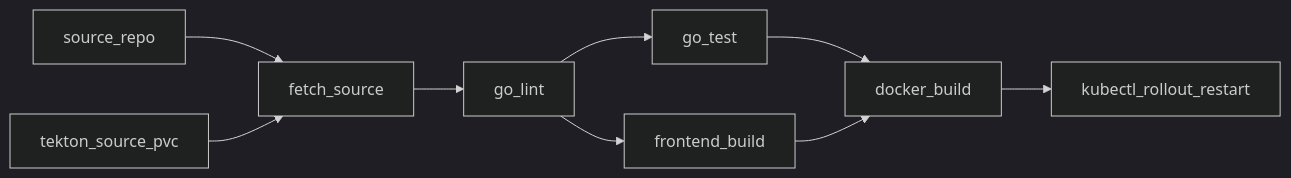
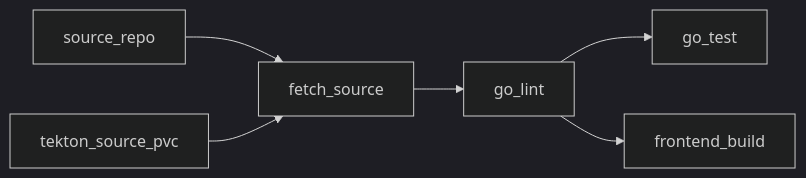
One commit to protektiq/questmode changed the third of 3 diagrams in DATA_FLOW.md. Above: the diagram before and after it, drawn with Mermaid (dark theme). The commit also changed other lines of this file and 4 other files, not shown here.

````diff
--- a/DATA_FLOW.md
+++ b/DATA_FLOW.md
@@ -43,11 +43,8 @@
 ```mermaid
 flowchart LR
   sourceRepo[source_repo] --> fetchTask[fetch_source]
   sourcePvc[tekton_source_pvc] --> fetchTask
   fetchTask --> lintTask[go_lint]
   lintTask --> testTask[go_test]
   lintTask --> feTask[frontend_build]
-  testTask --> buildTask[docker_build]
-  feTask --> buildTask
-  buildTask --> restartDeploy[kubectl_rollout_restart]
 ```
````
